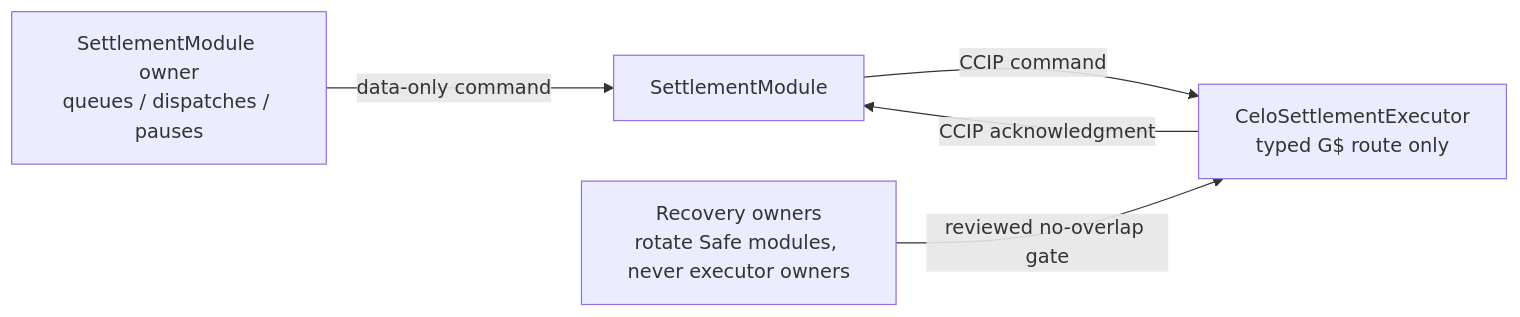
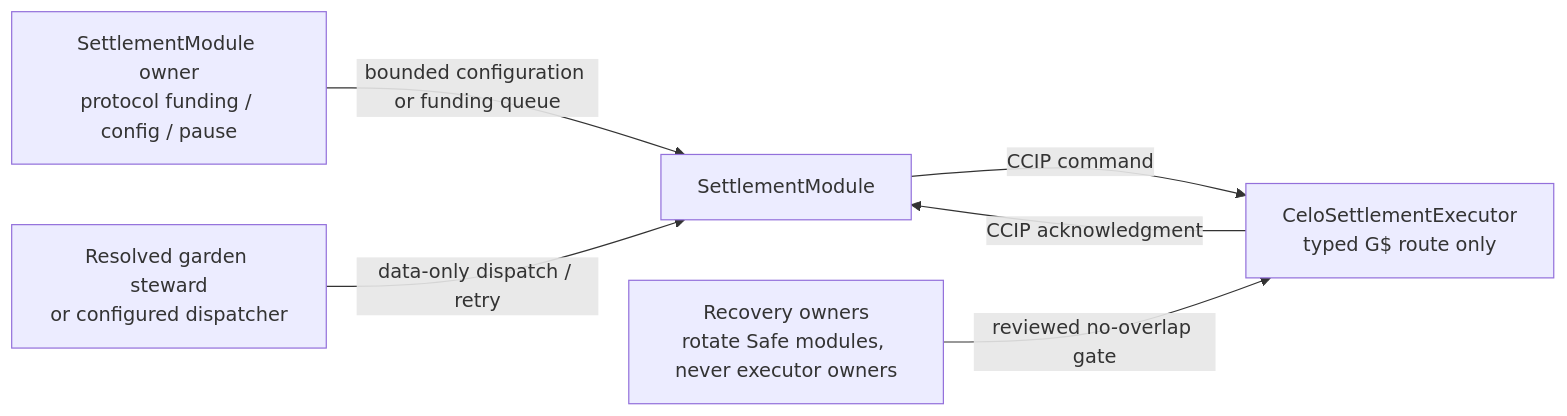
One commit to greenpill-dev-guild/green-goods changed diagram 29 of 35 in .plans/active/commitment-pooling/diagrams.md. Above: the diagram before and after it, drawn with Mermaid. The commit also changed other lines of this file and 20 other files, not shown here.

````diff
--- a/.plans/active/commitment-pooling/diagrams.md
+++ b/.plans/active/commitment-pooling/diagrams.md
@@ -1529,7 +1531,8 @@
 ```mermaid
 flowchart LR
-  OWN["SettlementModule owner<br/>queues / dispatches / pauses"] -->|"data-only command"| SM["SettlementModule"]
+  OWN["SettlementModule owner<br/>protocol funding / config / pause"] -->|"bounded configuration or funding queue"| SM["SettlementModule"]
+  DSP["Resolved garden steward<br/>or configured dispatcher"] -->|"data-only dispatch / retry"| SM
   SM -->|"CCIP command"| EX["CeloSettlementExecutor<br/>typed G$ route only"]
   EX -->|"CCIP acknowledgment"| SM
   RO["Recovery owners<br/>rotate Safe modules, never executor owners"] -->|"reviewed no-overlap gate"| EX
 ```
````
